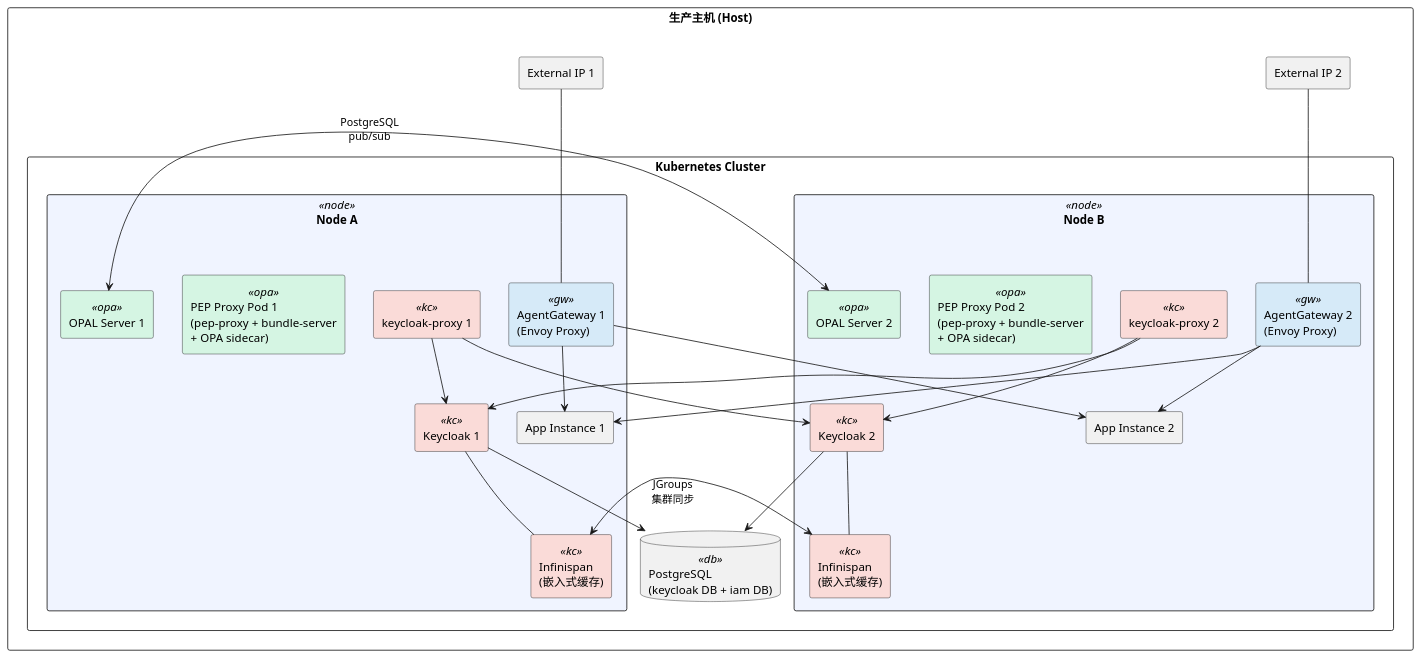
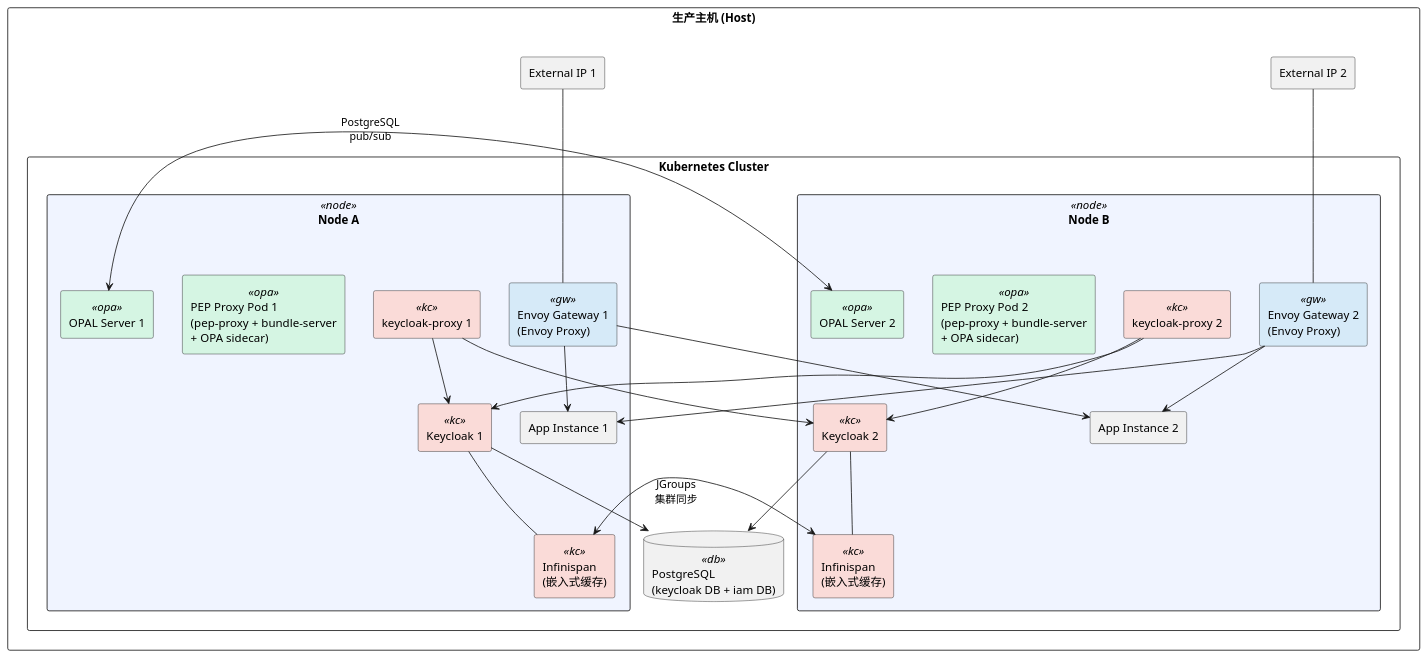
One commit to xiewanchao/aidp-iam changed the ninth of 17 diagrams in da-cluster/docs/design-specification.md. Above: the diagram before and after it, drawn with PlantUML. The commit also changed other lines of this file and 47 other files, not shown here.

First line of the commit message:
feat: migrate gateway from AgentGateway to Envoy Gateway v1.7.0

````diff
--- a/da-cluster/docs/design-specification.md
+++ b/da-cluster/docs/design-specification.md
@@ -530,61 +530,61 @@
 ```plantuml
 @startuml
 skinparam rectangle {
     BackgroundColor<<node>> #F0F4FF
     BackgroundColor<<gw>> #D6EAF8
     BackgroundColor<<kc>> #FADBD8
     BackgroundColor<<opa>> #D5F5E3
     BackgroundColor<<db>> #E8DAEF
 }
 
 rectangle "生产主机 (Host)" {
     rectangle "External IP 1" as eip1
     rectangle "External IP 2" as eip2
 
     rectangle "Kubernetes Cluster" {
         rectangle "Node A" <<node>> {
-            rectangle "AgentGateway 1\n(Envoy Proxy)" as gw1 <<gw>>
+            rectangle "Envoy Gateway 1\n(Envoy Proxy)" as gw1 <<gw>>
             rectangle "Keycloak 1" as kc1 <<kc>>
             rectangle "Infinispan\n(嵌入式缓存)" as is1 <<kc>>
             rectangle "keycloak-proxy 1" as kp1 <<kc>>
             rectangle "PEP Proxy Pod 1\n(pep-proxy + bundle-server\n+ OPA sidecar)" as pep1 <<opa>>
             rectangle "OPAL Server 1" as opal1 <<opa>>
             rectangle "App Instance 1" as app1
         }
 
         rectangle "Node B" <<node>> {
-            rectangle "AgentGateway 2\n(Envoy Proxy)" as gw2 <<gw>>
+            rectangle "Envoy Gateway 2\n(Envoy Proxy)" as gw2 <<gw>>
             rectangle "Keycloak 2" as kc2 <<kc>>
             rectangle "Infinispan\n(嵌入式缓存)" as is2 <<kc>>
             rectangle "keycloak-proxy 2" as kp2 <<kc>>
             rectangle "PEP Proxy Pod 2\n(pep-proxy + bundle-server\n+ OPA sidecar)" as pep2 <<opa>>
             rectangle "OPAL Server 2" as opal2 <<opa>>
             rectangle "App Instance 2" as app2
         }
 
         database "PostgreSQL\n(keycloak DB + iam DB)" as pg <<db>>
     }
 }
 
 eip1 -- gw1
 eip2 -- gw2
 
 is1 <--> is2 : JGroups\n集群同步
 kc1 -- is1
 kc2 -- is2
 kc1 --> pg
 kc2 --> pg
 
 gw1 --> app1
 gw1 --> app2
 gw2 --> app1
 gw2 --> app2
 
 kp1 --> kc1
 kp1 --> kc2
 kp2 --> kc1
 kp2 --> kc2
 
 opal1 <--> opal2 : PostgreSQL\npub/sub
 @enduml
 ```
````
